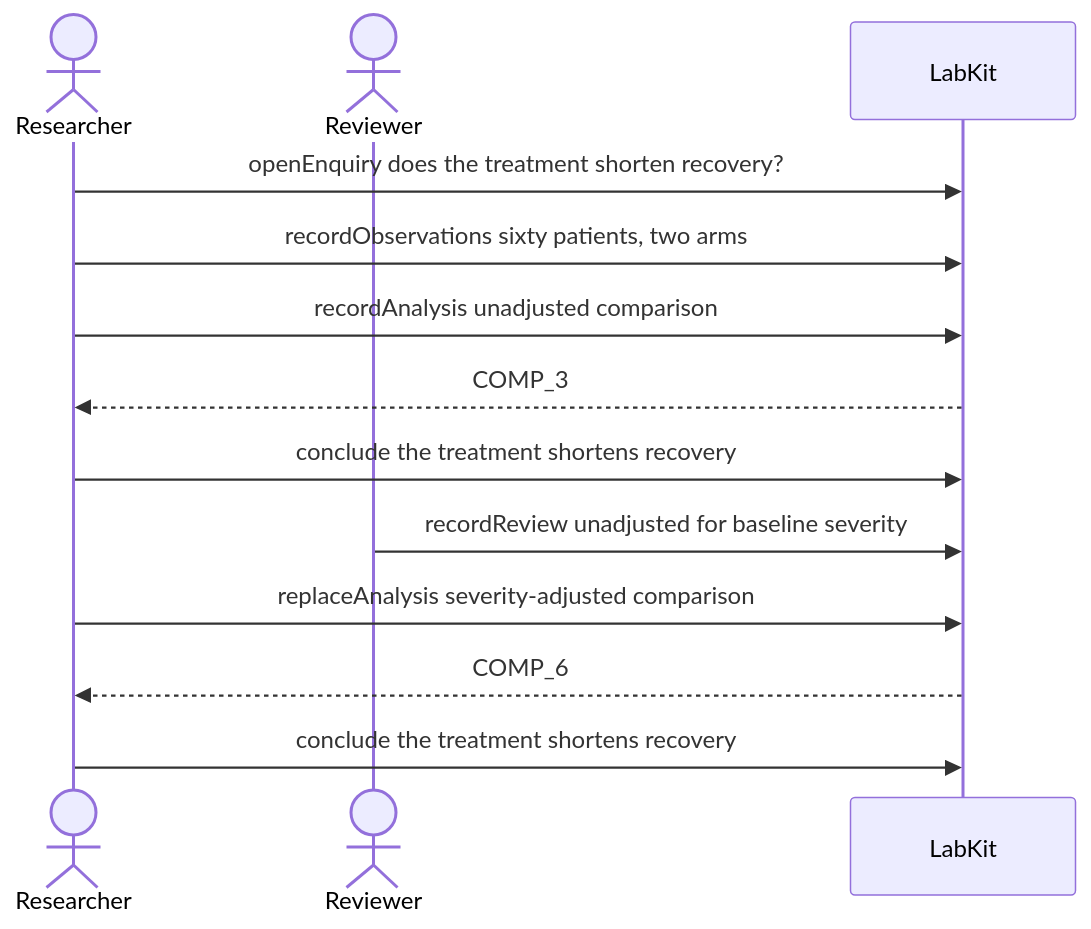
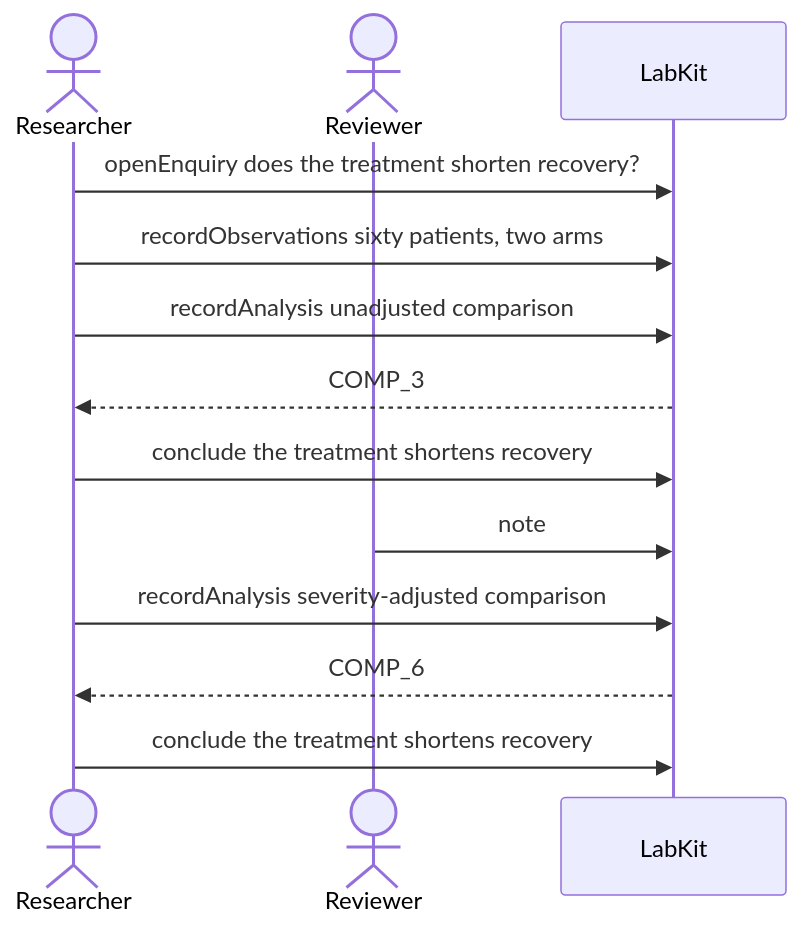
The diagram in docs/scenarios/S-11e.md (danbarua/labkit), drawn with Mermaid before and after one commit. The commit also changed other lines of this file and 99 other files, not shown here.

````diff
--- a/docs/scenarios/S-11e.md
+++ b/docs/scenarios/S-11e.md
@@ -7,15 +7,15 @@
 ```mermaid
 sequenceDiagram
     actor Researcher
     actor Reviewer
     participant R as LabKit
     Researcher->>R: openEnquiry does the treatment shorten recovery?
     Researcher->>R: recordObservations sixty patients, two arms
     Researcher->>R: recordAnalysis unadjusted comparison
     R-->>Researcher: COMP_3
     Researcher->>R: conclude the treatment shortens recovery
-    Reviewer->>R: recordReview unadjusted for baseline severity
-    Researcher->>R: replaceAnalysis severity-adjusted comparison
+    Reviewer->>R: note
+    Researcher->>R: recordAnalysis severity-adjusted comparison
     R-->>Researcher: COMP_6
     Researcher->>R: conclude the treatment shortens recovery
 ```
````
